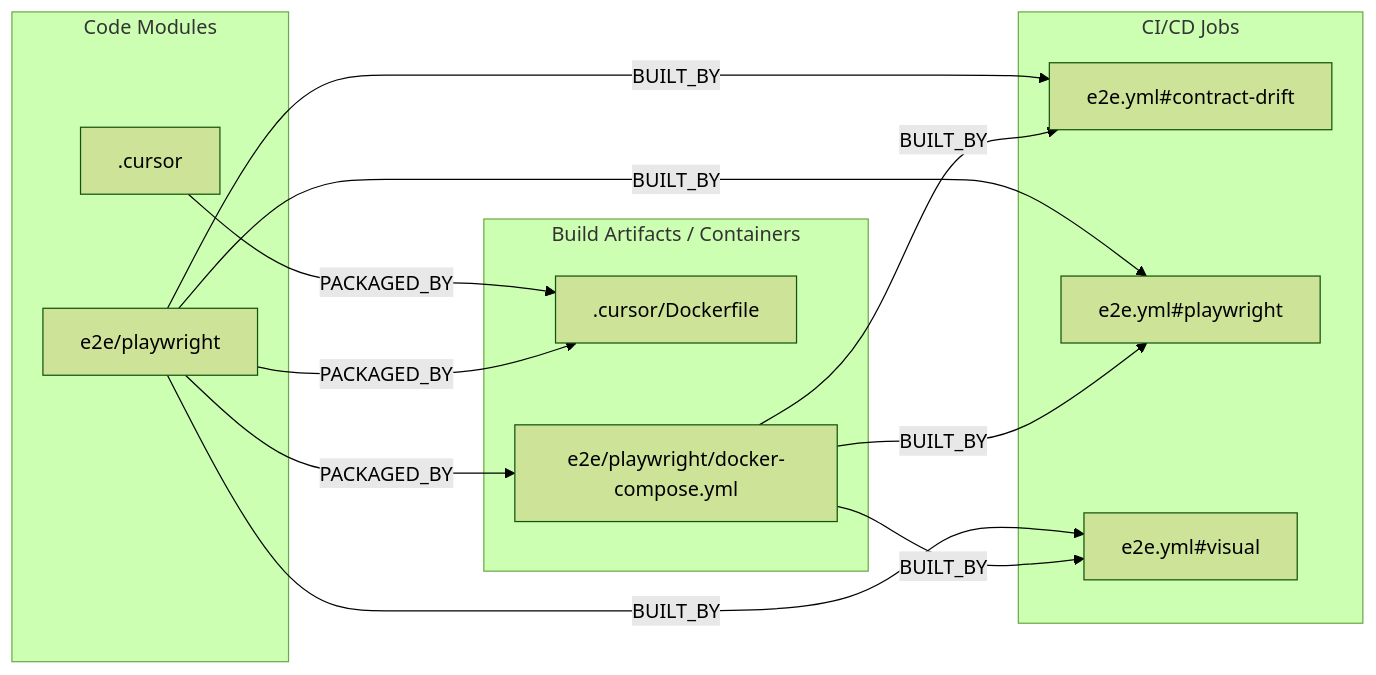
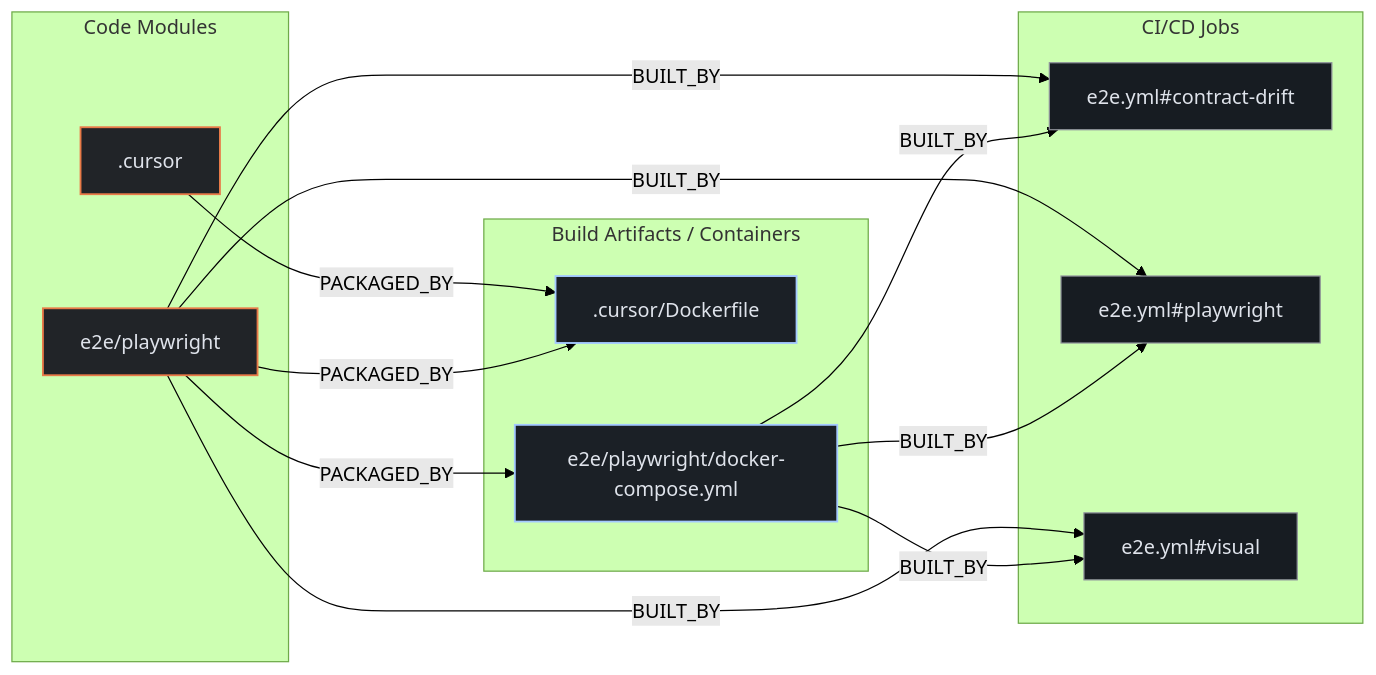
The second of 3 diagrams in exports/latest/reports/mattermost-mattermost-plugin-zoom-report.md (kumarshaz/atruss-code-atlas), drawn with Mermaid (forest theme) before and after one commit. The commit also changed other lines of this file and 331 other files, not shown here.

Commit message:
docs,ui,fix: update SDLC docs, reorder CI/CD DAG first, stylize Mermaid, and fix Arc42 pipeline topology

````diff
--- a/exports/latest/reports/mattermost-mattermost-plugin-zoom-report.md
+++ b/exports/latest/reports/mattermost-mattermost-plugin-zoom-report.md
@@ -130,25 +137,29 @@
 ```mermaid
 flowchart LR
+    classDef atlasCategory fill:#212428,stroke:#E87A48,stroke-width:1.5px,color:#dfe3eb
+    classDef atlasWorkflow fill:#1b2026,stroke:#a3c9ff,stroke-width:1.5px,color:#dfe3eb
+    classDef atlasJob fill:#171c22,stroke:#8d9199,stroke-width:1px,color:#dfe3eb
+    classDef atlasTarget fill:#005227,stroke:#8bd99b,stroke-width:1.5px,color:#a7f6b6
     subgraph code_modules["Code Modules"]
-        mod__cursor[".cursor"]
-        mod_e2e_playwright["e2e/playwright"]
+        mod__cursor[".cursor"]:::atlasCategory
+        mod_e2e_playwright["e2e/playwright"]:::atlasCategory
     end
     subgraph build_artifacts["Build Artifacts / Containers"]
-        art__cursor_Dockerfile[".cursor/Dockerfile"]
-        art_e2e_playwright_docker_compose_yml["e2e/playwright/docker-compose.yml"]
+        art__cursor_Dockerfile[".cursor/Dockerfile"]:::atlasWorkflow
+        art_e2e_playwright_docker_compose_yml["e2e/playwright/docker-compose.yml"]:::atlasWorkflow
     end
     subgraph ci_jobs["CI/CD Jobs"]
-        job_e2e_yml_contract_drift["e2e.yml#contract-drift"]
-        job_e2e_yml_playwright["e2e.yml#playwright"]
-        job_e2e_yml_visual["e2e.yml#visual"]
+        job_e2e_yml_contract_drift["e2e.yml#contract-drift"]:::atlasJob
+        job_e2e_yml_playwright["e2e.yml#playwright"]:::atlasJob
+        job_e2e_yml_visual["e2e.yml#visual"]:::atlasJob
     end
     mod__cursor -->|PACKAGED_BY| art__cursor_Dockerfile
     mod_e2e_playwright -->|BUILT_BY| job_e2e_yml_contract_drift
     mod_e2e_playwright -->|BUILT_BY| job_e2e_yml_playwright
     mod_e2e_playwright -->|BUILT_BY| job_e2e_yml_visual
     mod_e2e_playwright -->|PACKAGED_BY| art__cursor_Dockerfile
     mod_e2e_playwright -->|PACKAGED_BY| art_e2e_playwright_docker_compose_yml
     art_e2e_playwright_docker_compose_yml -->|BUILT_BY| job_e2e_yml_contract_drift
     art_e2e_playwright_docker_compose_yml -->|BUILT_BY| job_e2e_yml_playwright
     art_e2e_playwright_docker_compose_yml -->|BUILT_BY| job_e2e_yml_visual
 ```
````
